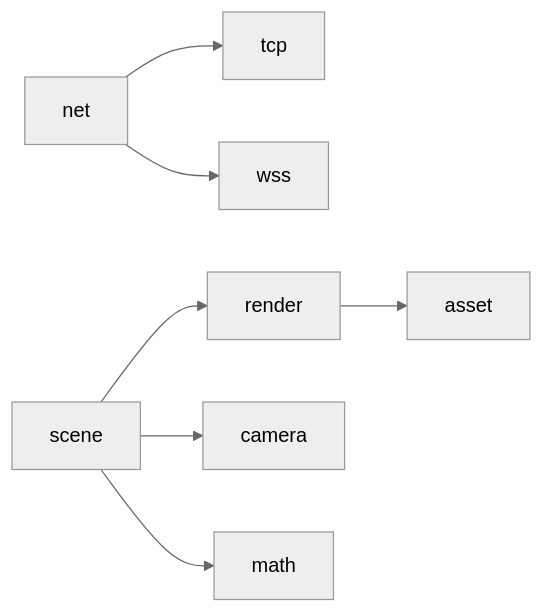
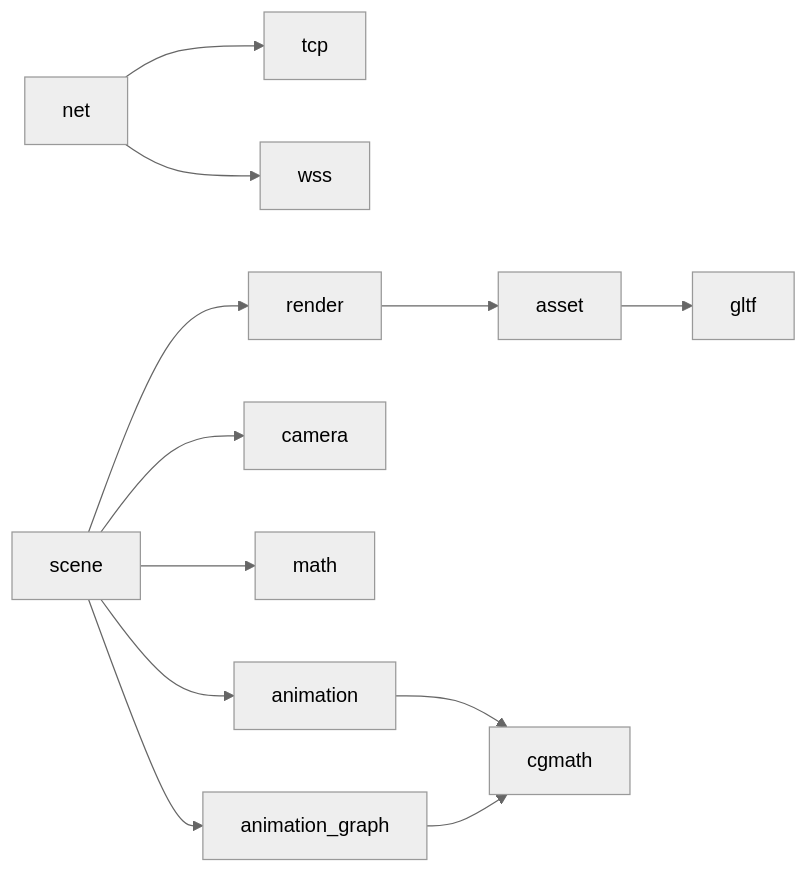
The sixth of 6 diagrams in .qoder/repowiki/zh/content/扩展开发.md (qianqians/geese), drawn with Mermaid (neutral theme) before and after one commit. The commit also changed other lines of this file and 1 other file, not shown here.

First line of the commit message:
docs(animation): 更新动画系统文档，新增基于状态机的动画图介绍

````diff
--- a/.qoder/repowiki/zh/content/扩展开发.md
+++ b/.qoder/repowiki/zh/content/扩展开发.md
@@ -282,9 +389,14 @@
 ```mermaid
 graph LR
 NET["net"] --> TCP["tcp"]
 NET --> WSS["wss"]
 SCENE["scene"] --> RENDER["render"]
 RENDER --> ASSET["asset"]
 SCENE --> CAMERA["camera"]
 SCENE --> MATH["math"]
+SCENE --> ANIM["animation"]
+SCENE --> ANIM_GRAPH["animation_graph"]
+ANIM --> CGMATH["cgmath"]
+ANIM_GRAPH --> CGMATH
+ASSET --> GLTF["gltf"]
 ```
````
